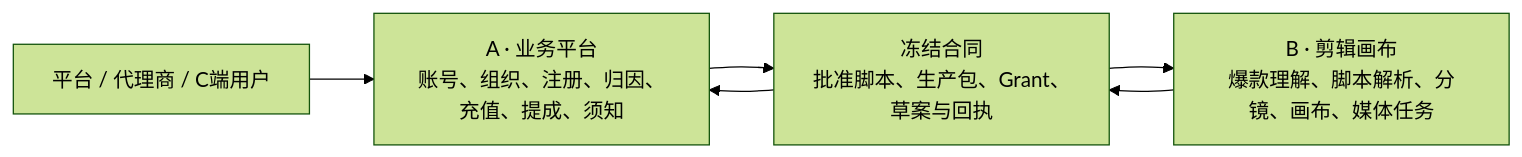
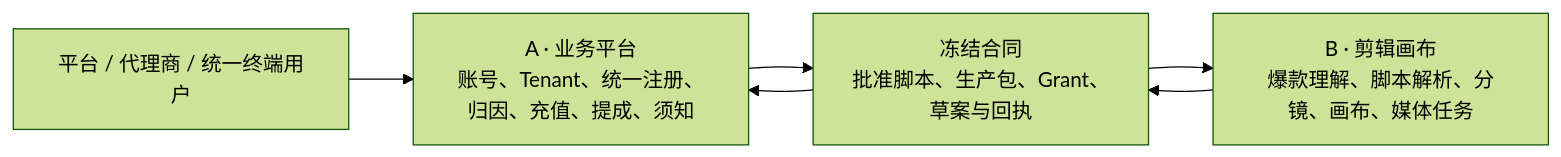
The diagram in docs/collaboration/A_B_CO_CREATION_SPLIT_2026-08-06.md (fatdoc/shortVideoAgent), drawn with Mermaid (forest theme) before and after one commit. The commit also changed other lines of this file and 8 other files, not shown here.

````diff
--- a/docs/collaboration/A_B_CO_CREATION_SPLIT_2026-08-06.md
+++ b/docs/collaboration/A_B_CO_CREATION_SPLIT_2026-08-06.md
@@ -59,8 +63,8 @@
 ```mermaid
 flowchart LR
-    U["平台 / 代理商 / C端用户"] --> A["A · 业务平台\n账号、组织、注册、归因、充值、提成、须知"]
+    U["平台 / 代理商 / 统一终端用户"] --> A["A · 业务平台\n账号、Tenant、统一注册、归因、充值、提成、须知"]
     A --> C["冻结合同\n批准脚本、生产包、Grant、草案与回执"]
     C --> B["B · 剪辑画布\n爆款理解、脚本解析、分镜、画布、媒体任务"]
     B --> C
     C --> A
 ```
````
